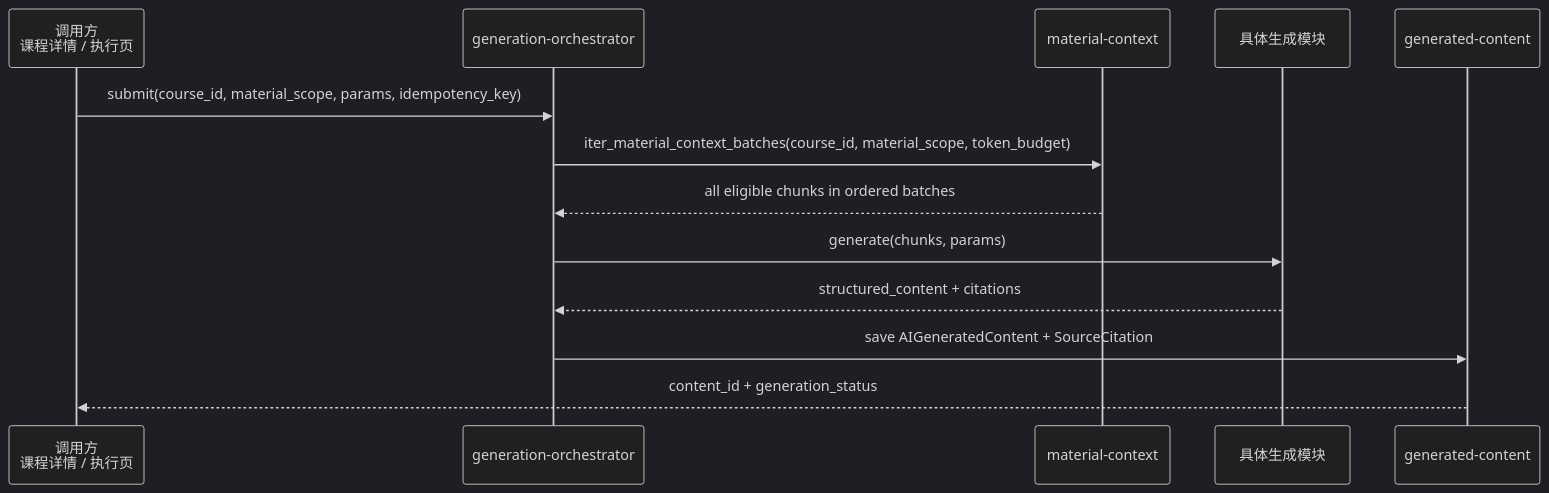
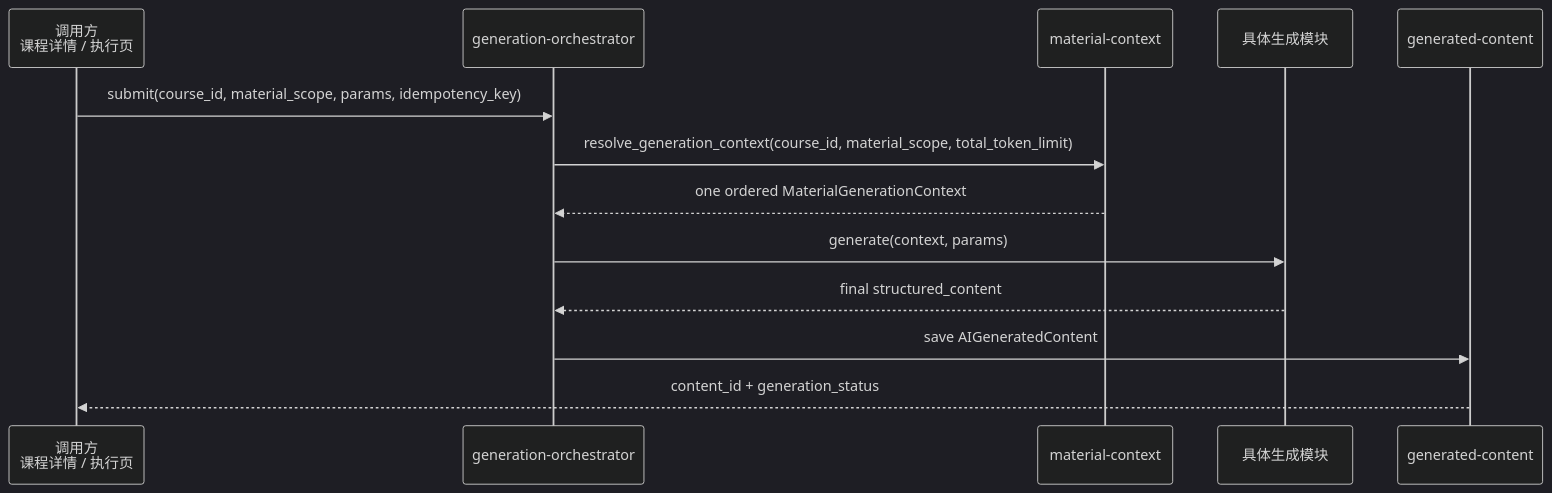
The second of 2 diagrams in docs/architecture/module-boundaries.md (cyruan815/CourseNexus), drawn with Mermaid (dark theme) before and after one commit. The commit also changed other lines of this file and 12 other files, not shown here.

````diff
--- a/docs/architecture/module-boundaries.md
+++ b/docs/architecture/module-boundaries.md
@@ -141,16 +141,16 @@
 ```mermaid
 sequenceDiagram
     participant Caller as 调用方<br/>课程详情 / 执行页
     participant Orchestrator as generation-orchestrator
     participant Context as material-context
     participant Generator as 具体生成模块
     participant Store as generated-content
 
     Caller->>Orchestrator: submit(course_id, material_scope, params, idempotency_key)
-    Orchestrator->>Context: iter_material_context_batches(course_id, material_scope, token_budget)
-    Context-->>Orchestrator: all eligible chunks in ordered batches
-    Orchestrator->>Generator: generate(chunks, params)
-    Generator-->>Orchestrator: structured_content + citations
-    Orchestrator->>Store: save AIGeneratedContent + SourceCitation
+    Orchestrator->>Context: resolve_generation_context(course_id, material_scope, total_token_limit)
+    Context-->>Orchestrator: one ordered MaterialGenerationContext
+    Orchestrator->>Generator: generate(context, params)
+    Generator-->>Orchestrator: final structured_content
+    Orchestrator->>Store: save AIGeneratedContent
     Store-->>Caller: content_id + generation_status
 ```
````
